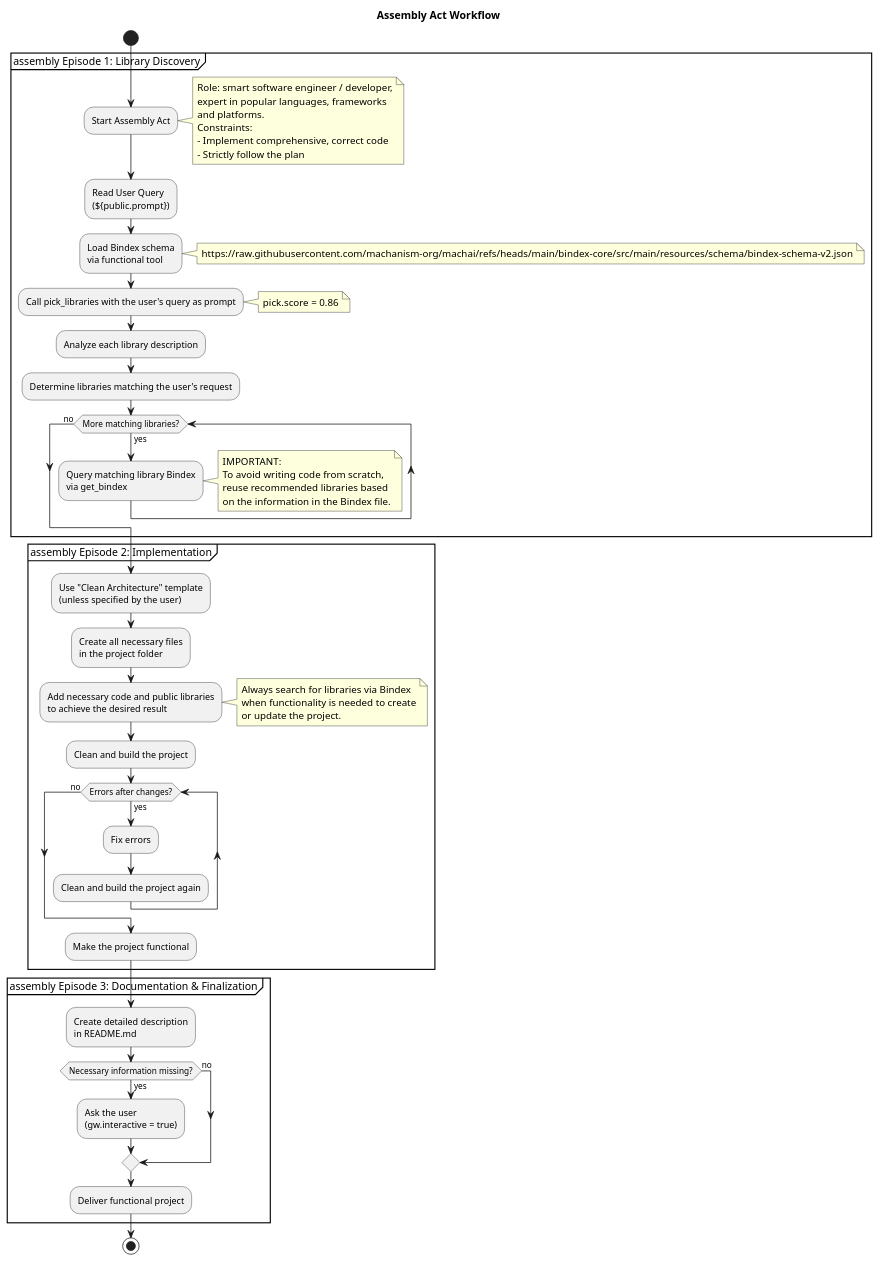
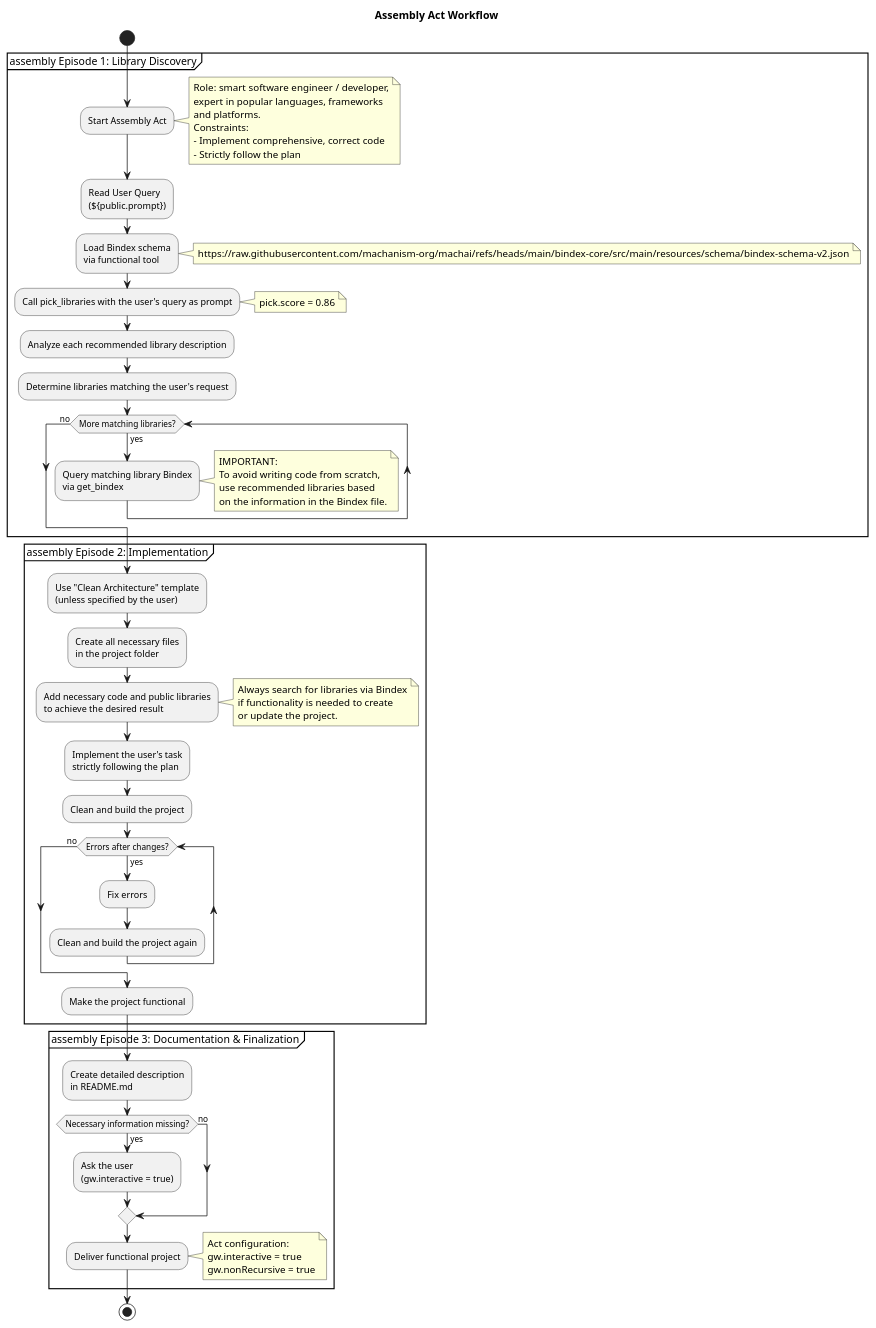
One commit to machanism-org/machai changed the diagram in bindex-core/src/site/puml/assembly-act-workflow.puml. Above: the diagram before and after it, drawn with PlantUML. The commit also changed 64 other files, not shown here.

```diff
--- a/bindex-core/src/site/puml/assembly-act-workflow.puml
+++ b/bindex-core/src/site/puml/assembly-act-workflow.puml
@@ -5,67 +5,73 @@
 @startuml assembly-workflow
 
 title Assembly Act Workflow
 
 start
 
 partition "assembly Episode 1: Library Discovery" {
   :Start Assembly Act;
   note right
     Role: smart software engineer / developer,
     expert in popular languages, frameworks
     and platforms.
     Constraints:
     - Implement comprehensive, correct code
     - Strictly follow the plan
   end note
   :Read User Query\n(${public.prompt});
   :Load Bindex schema\nvia functional tool;
   note right
     https://raw.githubusercontent.com/machanism-org/machai/refs/heads/main/bindex-core/src/main/resources/schema/bindex-schema-v2.json
   end note
   :Call pick_libraries with the user's query as prompt;
   note right
     pick.score = 0.86
   end note
-  :Analyze each library description;
+  :Analyze each recommended library description;
   :Determine libraries matching the user's request;
   while (More matching libraries?) is (yes)
     :Query matching library Bindex\nvia get_bindex;
   endwhile (no)
   note right
     IMPORTANT:
     To avoid writing code from scratch,
-    reuse recommended libraries based
+    use recommended libraries based
     on the information in the Bindex file.
   end note
 }
 
 partition "assembly Episode 2: Implementation" {
   :Use "Clean Architecture" template\n(unless specified by the user);
   :Create all necessary files\nin the project folder;
   :Add necessary code and public libraries\nto achieve the desired result;
   note right
     Always search for libraries via Bindex
-    when functionality is needed to create
+    if functionality is needed to create
     or update the project.
   end note
+  :Implement the user's task\nstrictly following the plan;
   :Clean and build the project;
   while (Errors after changes?) is (yes)
     :Fix errors;
     :Clean and build the project again;
   endwhile (no)
   :Make the project functional;
 }
 
 partition "assembly Episode 3: Documentation & Finalization" {
   :Create detailed description\nin README.md;
   if (Necessary information missing?) then (yes)
     :Ask the user\n(gw.interactive = true);
   else (no)
   endif
   :Deliver functional project;
+  note right
+    Act configuration:
+    gw.interactive = true
+    gw.nonRecursive = true
+  end note
 }
 
 stop
 
 @enduml
```
